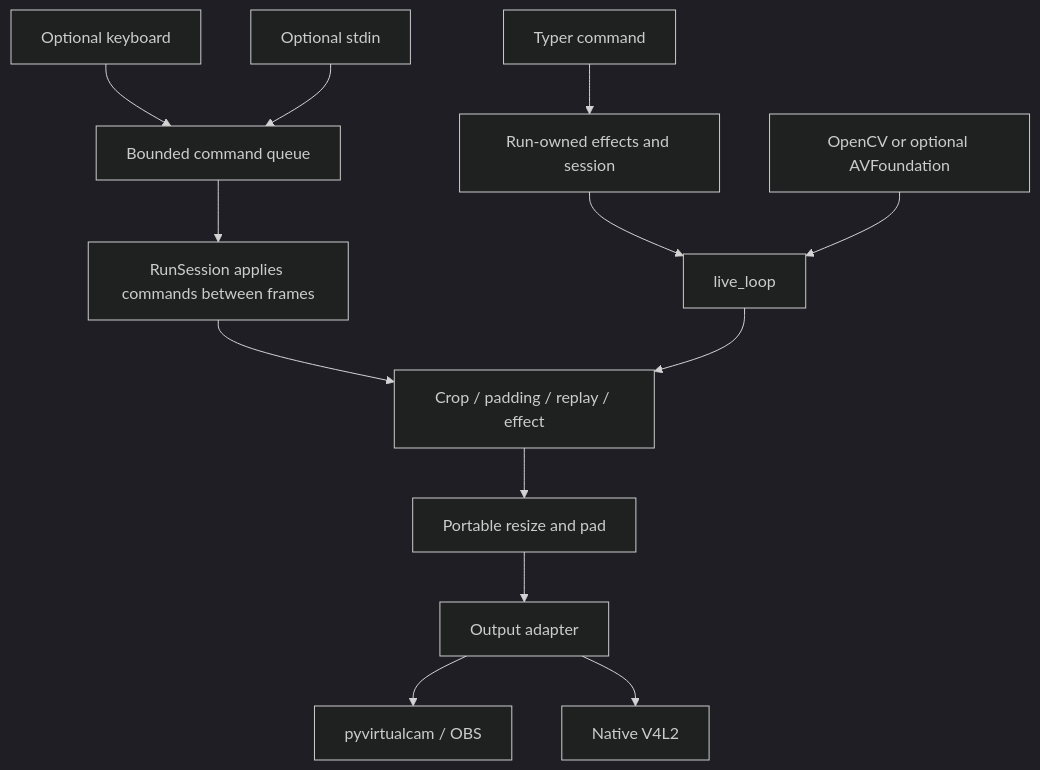
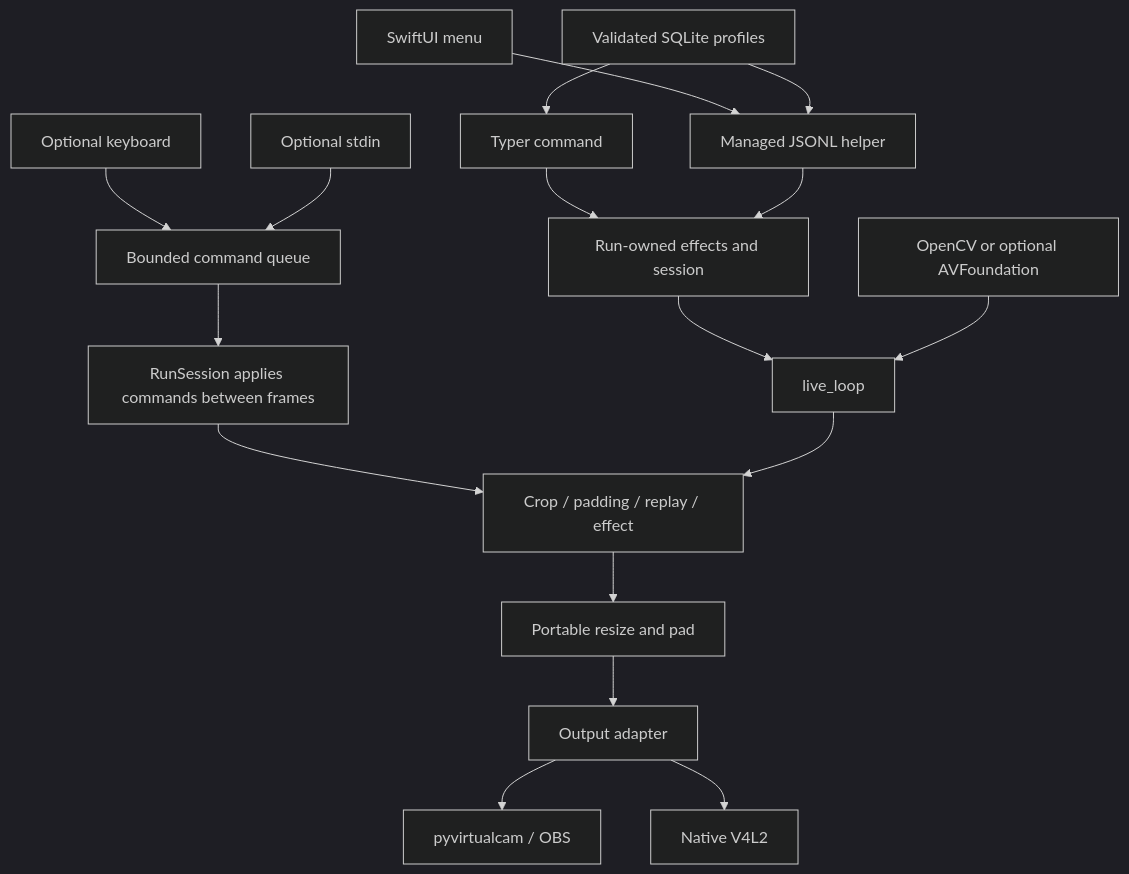
One commit to hamidzr/webcam-mods changed the diagram in docs/architecture.md. Above: the diagram before and after it, drawn with Mermaid (dark theme). The commit also changed other lines of this file and 10 other files, not shown here.

````diff
--- a/docs/architecture.md
+++ b/docs/architecture.md
@@ -24,15 +25,19 @@
 ```mermaid
 flowchart TD
     CLI[Typer command] --> Run[Run-owned effects and session]
+    Menu[SwiftUI menu] --> Helper[Managed JSONL helper]
+    Helper --> Run
+    Profiles[Validated SQLite profiles] --> Helper
+    Profiles --> CLI
     Keyboard[Optional keyboard] --> Queue[Bounded command queue]
     Stdin[Optional stdin] --> Queue
     Queue --> Session[RunSession applies commands between frames]
     Run --> Loop[live_loop]
     Session --> Effect[Crop / padding / replay / effect]
     Camera[OpenCV or optional AVFoundation] --> Loop
     Loop --> Effect
     Effect --> Resize[Portable resize and pad]
     Resize --> Output[Output adapter]
     Output --> Mac[pyvirtualcam / OBS]
     Output --> Linux[Native V4L2]
 ```
````
